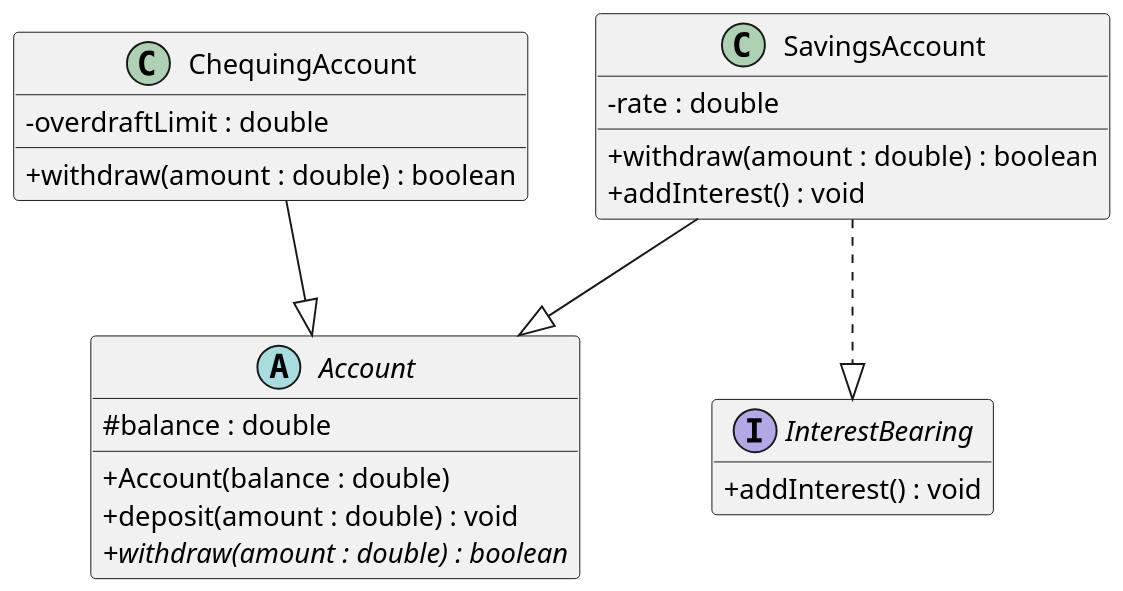
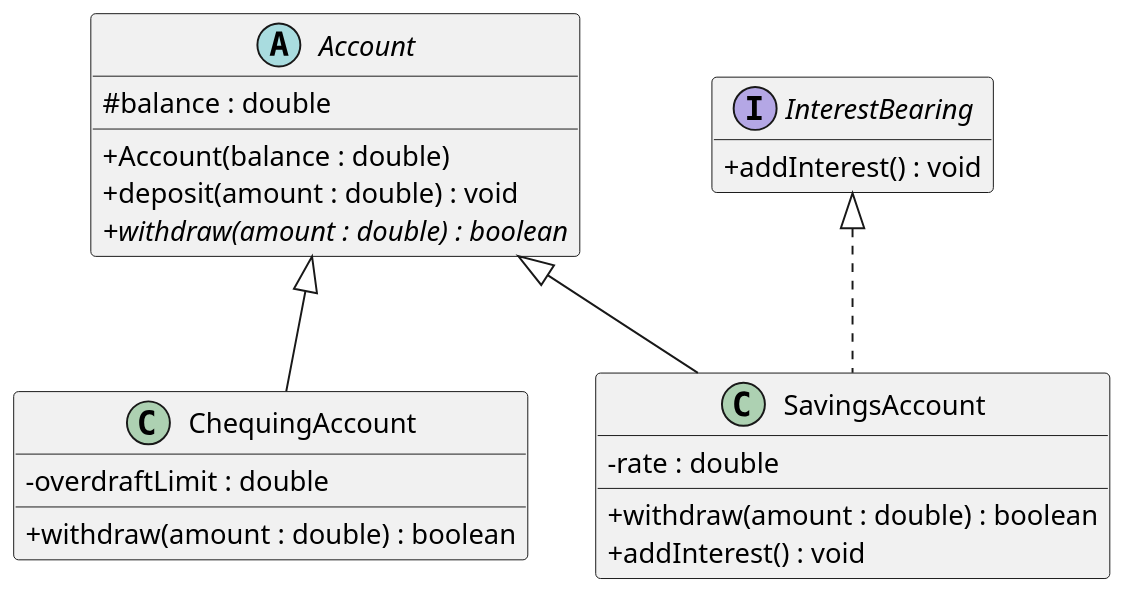
Before and after one commit to CSC207-UofT/207-course-notes: the diagram in plantuml/uml-accounts.puml, drawn with PlantUML. The commit also changed 7 other files, not shown here.

Commit message:
fix chapter 3 diagrams and add an exercise

```diff
--- a/plantuml/uml-accounts.puml
+++ b/plantuml/uml-accounts.puml
@@ -1,31 +1,31 @@
 @startuml
 skinparam dpi 150
 skinparam classAttributeIconSize 0
 hide empty members
 
 abstract class Account {
   # balance : double
   + Account(balance : double)
   + deposit(amount : double) : void
   + {abstract} withdraw(amount : double) : boolean
 }
 
 interface InterestBearing {
   + addInterest() : void
 }
 
 class ChequingAccount {
   - overdraftLimit : double
   + withdraw(amount : double) : boolean
 }
 
 class SavingsAccount {
   - rate : double
   + withdraw(amount : double) : boolean
   + addInterest() : void
 }
 
-ChequingAccount --|> Account
-SavingsAccount --|> Account
-SavingsAccount ..|> InterestBearing
+Account <|-- ChequingAccount
+Account <|-- SavingsAccount
+InterestBearing <|.. SavingsAccount
 @enduml
```
